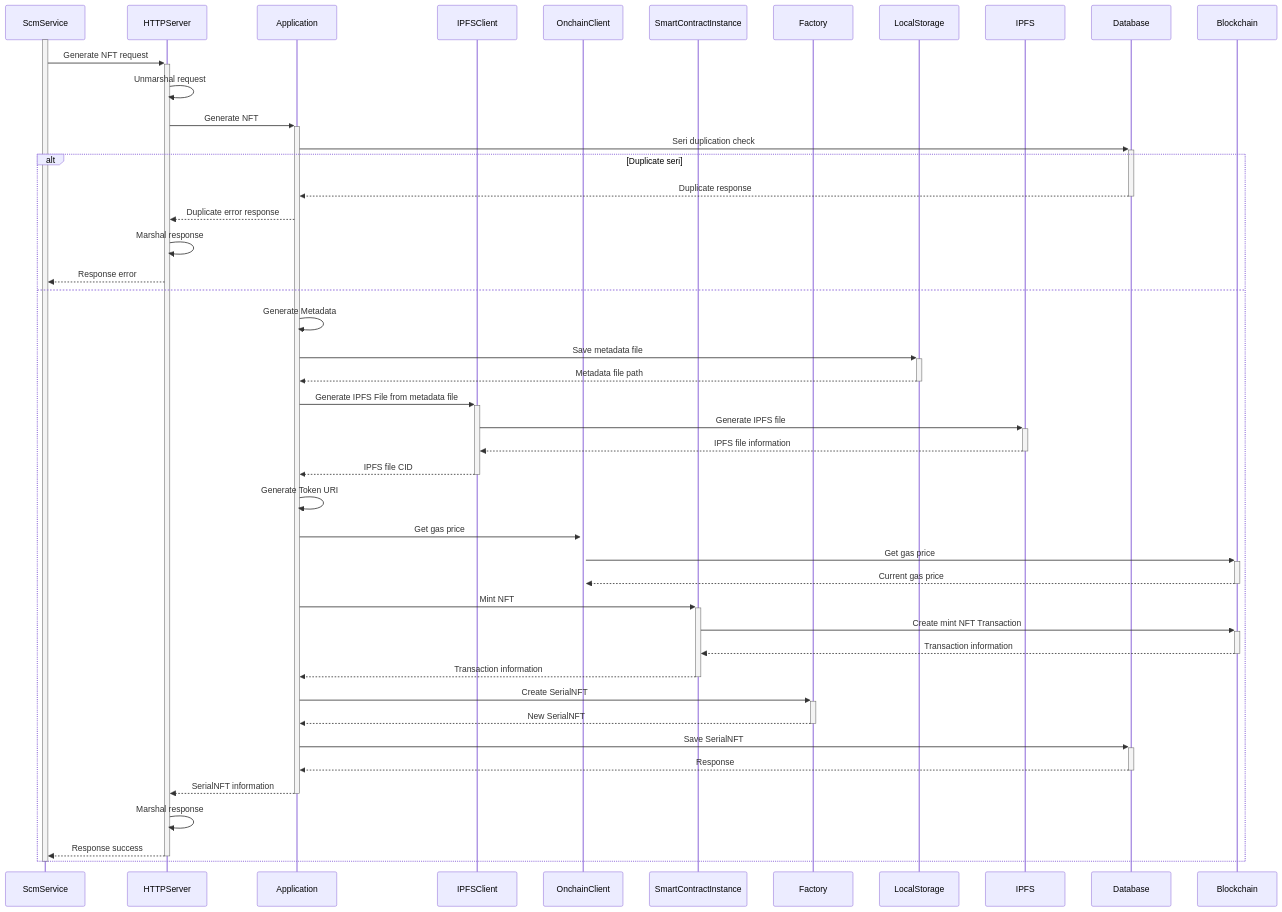
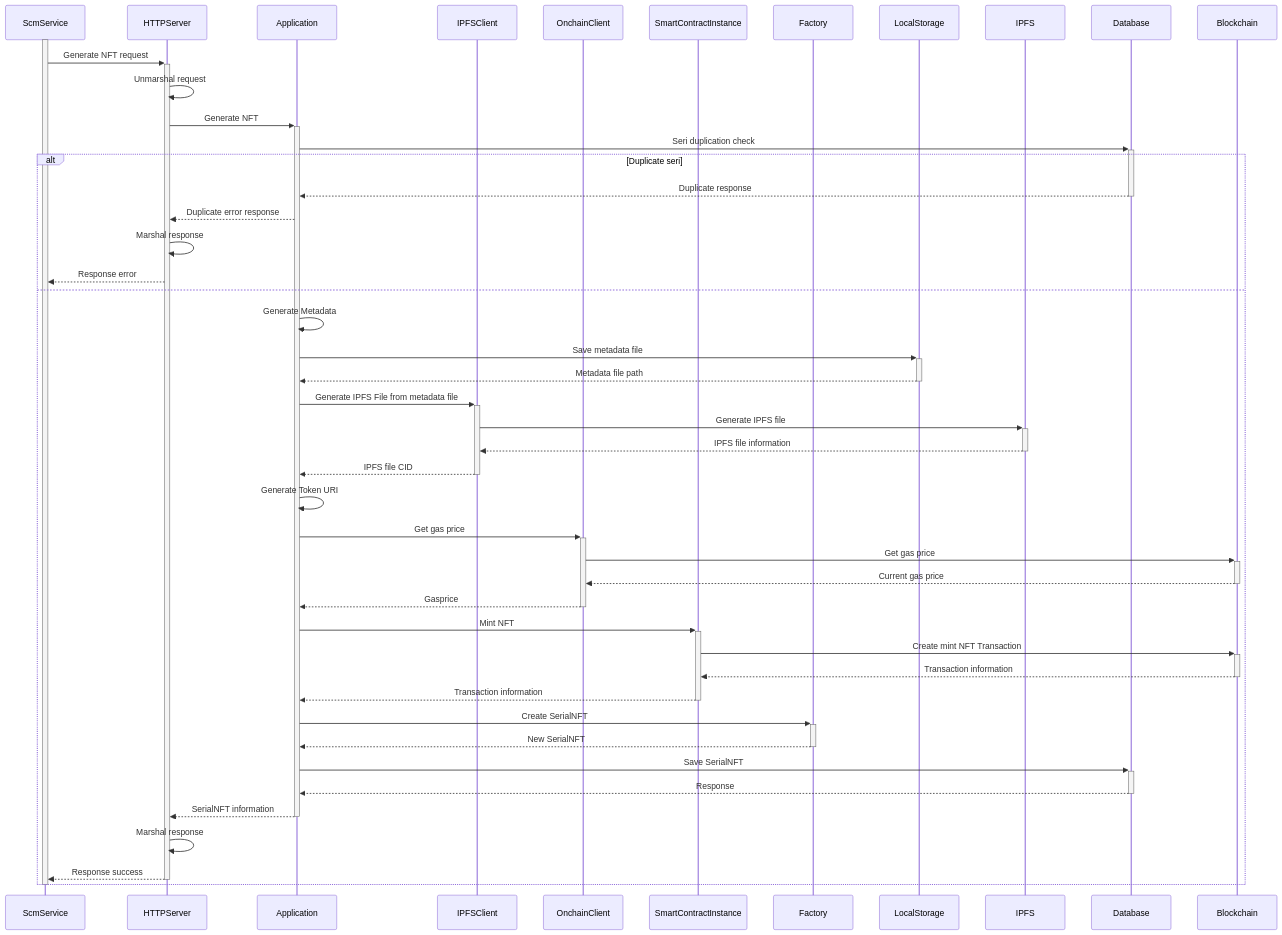
The fourth of 5 diagrams in README.md (thanhpp/scm-tool), drawn with Mermaid before and after one commit.

Commit message:
docs: 📝 Readme: fix gen nft sequence diagram
- fix onchain client lifeline

Author: thanhpp <thanhphanphu18@gmail.com>

````diff
--- a/README.md
+++ b/README.md
@@ -178,48 +178,49 @@
 ```mermaid
 sequenceDiagram
   participant ScmService
   participant HTTPServer
   participant Application
   participant IPFSClient
   participant OnchainClient
   participant SmartContractInstance
   participant Factory
   participant LocalStorage
   participant IPFS
 
   activate ScmService
     ScmService ->>+ HTTPServer: Generate NFT request
     HTTPServer ->> HTTPServer: Unmarshal request
     HTTPServer ->>+ Application: Generate NFT
     Application ->>+ Database: Seri duplication check
     alt Duplicate seri
       Database -->>- Application: Duplicate response
       Application -->> HTTPServer: Duplicate error response
       HTTPServer ->> HTTPServer: Marshal response
       HTTPServer -->> ScmService: Response error
     else
       Application ->> Application: Generate Metadata
       Application ->>+ LocalStorage: Save metadata file
       LocalStorage -->>- Application: Metadata file path
       Application ->>+ IPFSClient: Generate IPFS File from metadata file
       IPFSClient ->>+ IPFS: Generate IPFS file
       IPFS -->>- IPFSClient: IPFS file information
       IPFSClient -->>- Application: IPFS file CID
       Application ->> Application: Generate Token URI
       Application ->>+ OnchainClient: Get gas price
       OnchainClient ->>+ Blockchain: Get gas price
       Blockchain -->>- OnchainClient: Current gas price
+      OnchainClient -->>- Application: Gasprice
       Application ->>+ SmartContractInstance: Mint NFT
       SmartContractInstance ->>+ Blockchain: Create mint NFT Transaction
       Blockchain -->>- SmartContractInstance: Transaction information
       SmartContractInstance -->>- Application: Transaction information
       Application ->>+ Factory: Create SerialNFT
       Factory -->>- Application: New SerialNFT
       Application ->>+ Database: Save SerialNFT
       Database -->>- Application: Response
       Application -->>- HTTPServer: SerialNFT information
       HTTPServer ->> HTTPServer: Marshal response
       HTTPServer -->>- ScmService: Response success
     end
   deactivate ScmService
 ```
````
